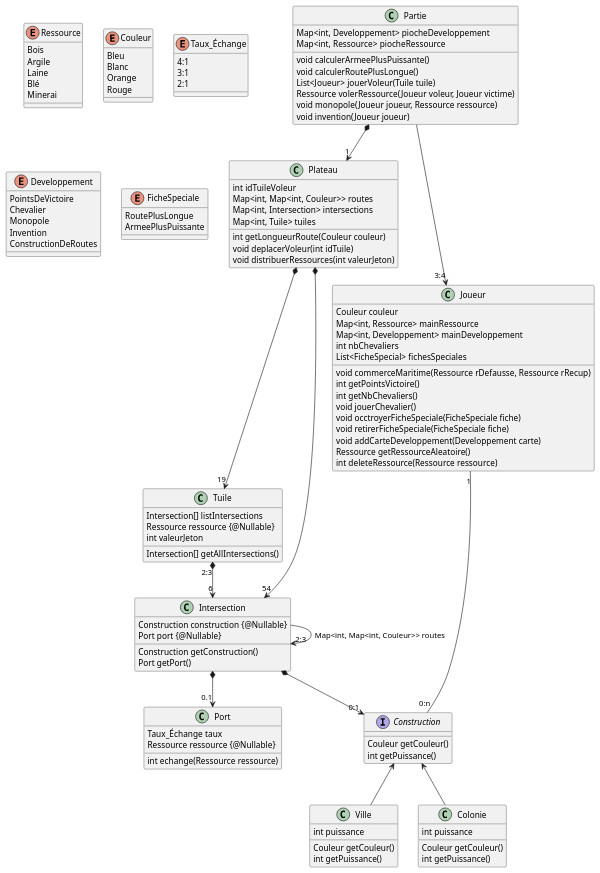
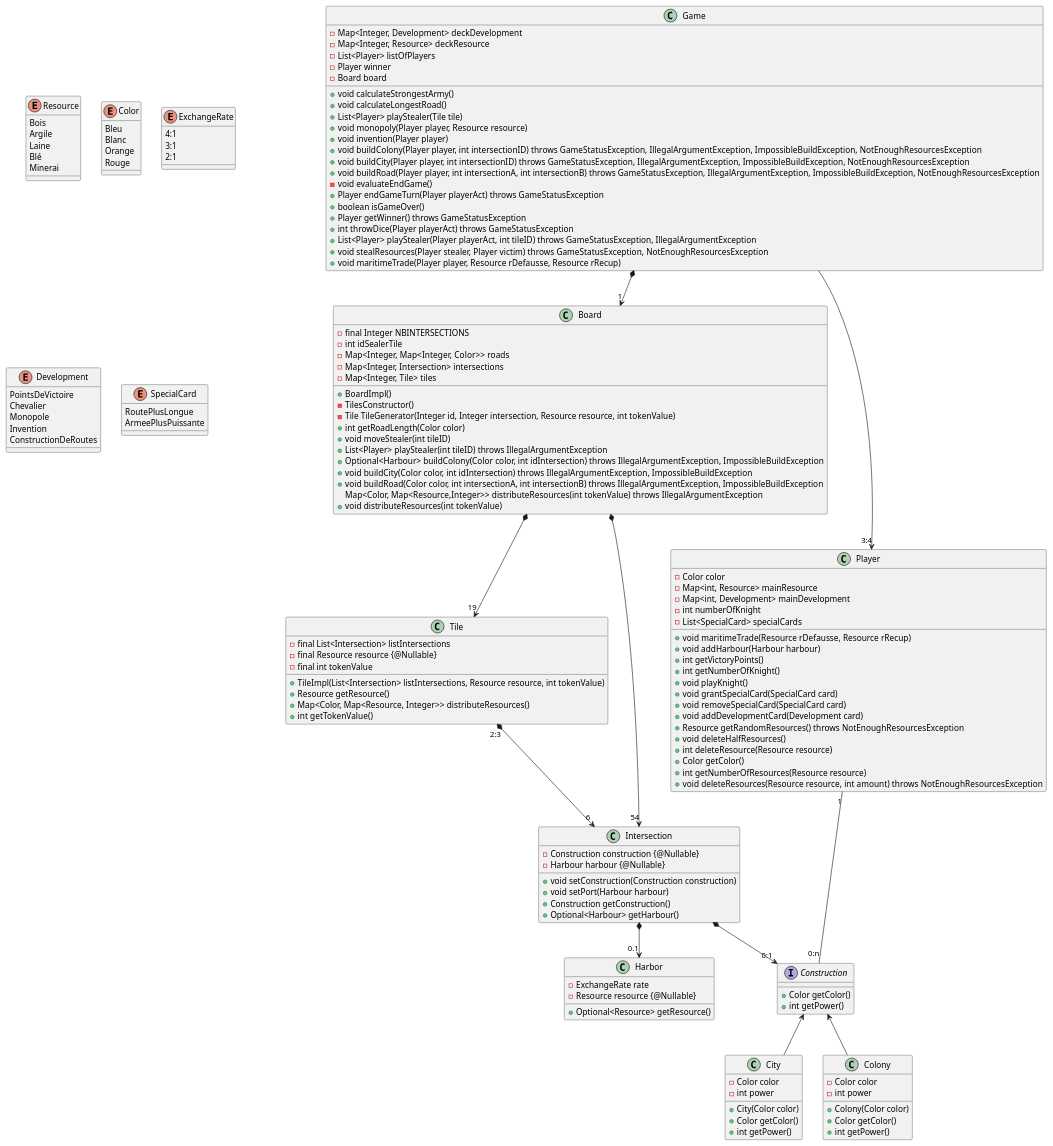
The diagram in catan-doc/modules/conception/examples/gameClassDiag.plantuml (Lapin-Obez/colon_de_catane), drawn with PlantUML before and after one commit.

Commit message:
Updated Game perimeter class diagram

```diff
--- a/catan-doc/modules/conception/examples/gameClassDiag.plantuml
+++ b/catan-doc/modules/conception/examples/gameClassDiag.plantuml
@@ -1,139 +1,174 @@
 @startuml
 
-enum Ressource {
-Bois
-Argile
-Laine
-Blé
-Minerai
+enum Resource {
+    Bois
+    Argile
+    Laine
+    Blé
+    Minerai
 }
 
-enum Couleur {
-Bleu
-Blanc
-Orange
-Rouge
+enum Color {
+    Bleu
+    Blanc
+    Orange
+    Rouge
 }
 
-enum Taux_Échange {
-4:1
-3:1
-2:1
+enum ExchangeRate {
+    4:1
+    3:1
+    2:1
 }
 
-enum Developpement {
-PointsDeVictoire
-Chevalier
-Monopole
-Invention
-ConstructionDeRoutes
+enum Development {
+    PointsDeVictoire
+    Chevalier
+    Monopole
+    Invention
+    ConstructionDeRoutes
 }
 
-enum FicheSpeciale {
-RoutePlusLongue
-ArmeePlusPuissante
+enum SpecialCard {
+    RoutePlusLongue
+    ArmeePlusPuissante
 }
 
-class Partie {
-Map<int, Developpement> piocheDeveloppement
-Map<int, Ressource> piocheRessource
+class Game {
+    - Map<Integer, Development> deckDevelopment
+    - Map<Integer, Resource> deckResource
+    - List<Player> listOfPlayers
+    - Player winner
+    - Board board
 
-void calculerArmeePlusPuissante()
-void calculerRoutePlusLongue()
-List<Joueur> jouerVoleur(Tuile tuile)
-Ressource volerRessource(Joueur voleur, Joueur victime)
-void monopole(Joueur joueur, Ressource ressource)
-void invention(Joueur joueur)
+    + void calculateStrongestArmy()
+    + void calculateLongestRoad()
+    + List<Player> playStealer(Tile tile)
+    + void monopoly(Player player, Resource resource)
+    + void invention(Player player)
+    + void buildColony(Player player, int intersectionID) throws GameStatusException, IllegalArgumentException, ImpossibleBuildException, NotEnoughResourcesException
+    + void buildCity(Player player, int intersectionID) throws GameStatusException, IllegalArgumentException, ImpossibleBuildException, NotEnoughResourcesException
+    + void buildRoad(Player player, int intersectionA, int intersectionB) throws GameStatusException, IllegalArgumentException, ImpossibleBuildException, NotEnoughResourcesException
+    - void evaluateEndGame()
+    + Player endGameTurn(Player playerAct) throws GameStatusException
+    + boolean isGameOver()
+    + Player getWinner() throws GameStatusException
+    + int throwDice(Player playerAct) throws GameStatusException
+    + List<Player> playStealer(Player playerAct, int tileID) throws GameStatusException, IllegalArgumentException
+    + void stealResources(Player stealer, Player victim) throws GameStatusException, NotEnoughResourcesException
+    + void maritimeTrade(Player player, Resource rDefausse, Resource rRecup)
 }
 
-class Plateau {
-int idTuileVoleur
-Map<int, Map<int, Couleur>> routes
-Map<int, Intersection> intersections
-Map<int, Tuile> tuiles
+class Board {
+    - final Integer NBINTERSECTIONS
+    - int idSealerTile
+    - Map<Integer, Map<Integer, Color>> roads
+    - Map<Integer, Intersection> intersections
+    - Map<Integer, Tile> tiles
 
-int getLongueurRoute(Couleur couleur)
-void deplacerVoleur(int idTuile)
-void distribuerRessources(int valeurJeton)
+    + BoardImpl()
+    - TilesConstructor()
+    - Tile TileGenerator(Integer id, Integer intersection, Resource resource, int tokenValue)
+    + int getRoadLength(Color color)
+    + void moveStealer(int tileID)
+    + List<Player> playStealer(int tileID) throws IllegalArgumentException
+    +Optional<Harbour> buildColony(Color color, int idIntersection) throws IllegalArgumentException, ImpossibleBuildException
+    + void buildCity(Color color, int idIntersection) throws IllegalArgumentException, ImpossibleBuildException
+    + void buildRoad(Color color, int intersectionA, int intersectionB) throws IllegalArgumentException, ImpossibleBuildException
+    Map<Color, Map<Resource,Integer>> distributeResources(int tokenValue) throws IllegalArgumentException
+    + void distributeResources(int tokenValue)
 }
 
-class Port{
-Taux_Échange taux
-Ressource ressource {@Nullable}
+class Harbor{
+    - ExchangeRate rate
+    - Resource resource {@Nullable}
 
-int echange(Ressource ressource)
+    + Optional<Resource> getResource()
 }
 
-class Tuile{
-Intersection[] listIntersections
-Ressource ressource {@Nullable}
-int valeurJeton
+class Tile{
+    - final List<Intersection> listIntersections
+    - final Resource resource {@Nullable}
+    - final int tokenValue
 
-Intersection[] getAllIntersections()
+    + TileImpl(List<Intersection> listIntersections, Resource resource, int tokenValue)
+    + Resource getResource()
+    + Map<Color, Map<Resource, Integer>> distributeResources()
+    + int getTokenValue()
 }
 
 class Intersection{
-Construction construction {@Nullable}
-Port port {@Nullable}
+    - Construction construction {@Nullable}
+    - Harbour harbour {@Nullable}
 
-Construction getConstruction()
-Port getPort()
+    + void setConstruction(Construction construction)
+    + void setPort(Harbour harbour)
+    + Construction getConstruction()
+    + Optional<Harbour> getHarbour()
 }
 
-class Joueur{
-Couleur couleur
-Map<int, Ressource> mainRessource
-Map<int, Developpement> mainDeveloppement
-int nbChevaliers
-List<FicheSpecial> fichesSpeciales
+class Player{
+    - Color color
+    - Map<int, Resource> mainResource
+    - Map<int, Development> mainDevelopment
+    - int numberOfKnight
+    - List<SpecialCard> specialCards
 
-void commerceMaritime(Ressource rDefausse, Ressource rRecup)
-int getPointsVictoire()
-int getNbChevaliers()
-void jouerChevalier()
-void occtroyerFicheSpeciale(FicheSpeciale fiche)
-void retirerFicheSpeciale(FicheSpeciale fiche)
-void addCarteDeveloppement(Developpement carte)
-Ressource getRessourceAleatoire()
-int deleteRessource(Ressource ressource)
+    + void maritimeTrade(Resource rDefausse, Resource rRecup)
+    + void addHarbour(Harbour harbour)
+    + int getVictoryPoints()
+    + int getNumberOfKnight()
+    + void playKnight()
+    + void grantSpecialCard(SpecialCard card)
+    + void removeSpecialCard(SpecialCard card)
+    + void addDevelopmentCard(Development card)
+    + Resource getRandomResources() throws NotEnoughResourcesException
+    + void deleteHalfResources()
+    + int deleteResource(Resource resource)
+    + Color getColor()
+    + int getNumberOfResources(Resource resource)
+    + void deleteResources(Resource resource, int amount) throws NotEnoughResourcesException
 }
 
 interface Construction {
-Couleur getCouleur()
-int getPuissance()
+    + Color getColor()
+    + int getPower()
 }
 
-class Ville {
-int puissance
+class City {
+    - Color color
+    - int power
 
-Couleur getCouleur()
-int getPuissance()
+    + City(Color color)
+    + Color getColor()
+    + int getPower()
 }
 
-class Colonie {
-int puissance
+class Colony {
+    - Color color
+    - int power
 
-Couleur getCouleur()
-int getPuissance()
+    + Colony(Color color)
+    + Color getColor()
+    + int getPower()
 }
 
 
 
-Construction <-d- Ville
-Construction <-d- Colonie
+Construction <-d- City
+Construction <-d- Colony
 
 
-Partie *--> "1" Plateau
-Plateau *--> "19" Tuile
-Plateau *--> "54" Intersection
+Game *--> "1" Board
+Board *--> "19" Tile
+Board *--> "54" Intersection
 
-Tuile "2:3" *-->"6" Intersection
+Tile "2:3" *-->"6" Intersection
 Intersection *--> "0:1" Construction
-Intersection --> "2:3" Intersection : Map<int, Map<int, Couleur>> routes
 
-Intersection *--> "0.1" Port
+Intersection *--> "0.1" Harbor
 
-Partie --> "3:4" Joueur
-Joueur "1" -- "0:n" Construction
+Game --> "3:4" Player
+Player "1" -- "0:n" Construction
 
 @enduml
```
